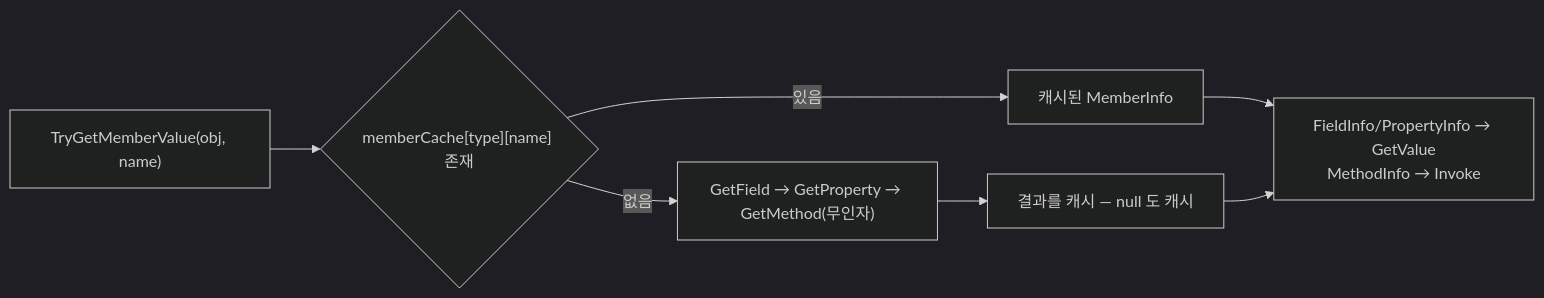
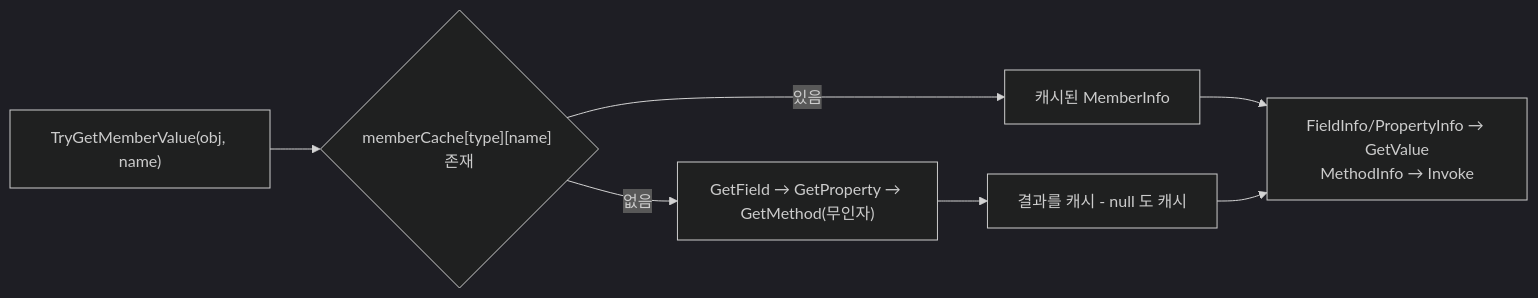
The fourth of 5 diagrams in HInspector/Editor/README.md (HoHong123/HCUP-Unity), drawn with Mermaid (dark theme) before and after one commit. The commit also changed other lines of this file, not shown here.

````diff
--- a/HInspector/Editor/README.md
+++ b/HInspector/Editor/README.md
@@ -207,9 +222,9 @@
 ```mermaid
 flowchart LR
     A["TryGetMemberValue(obj, name)"] --> B{"memberCache[type][name] 존재"}
     B -->|있음| C["캐시된 MemberInfo"]
     B -->|없음| D["GetField → GetProperty → GetMethod(무인자)"]
-    D --> E["결과를 캐시 — null 도 캐시"]
+    D --> E["결과를 캐시 - null 도 캐시"]
     C --> F["FieldInfo/PropertyInfo → GetValue<br/>MethodInfo → Invoke"]
     E --> F
 ```
````
